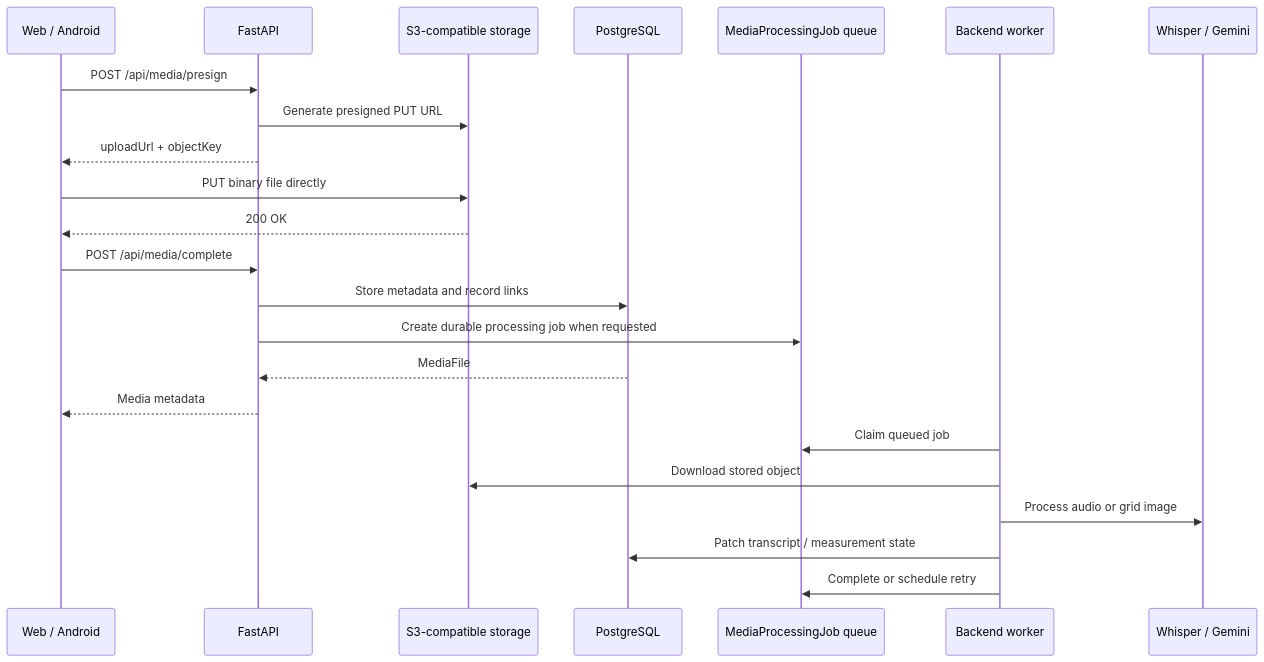
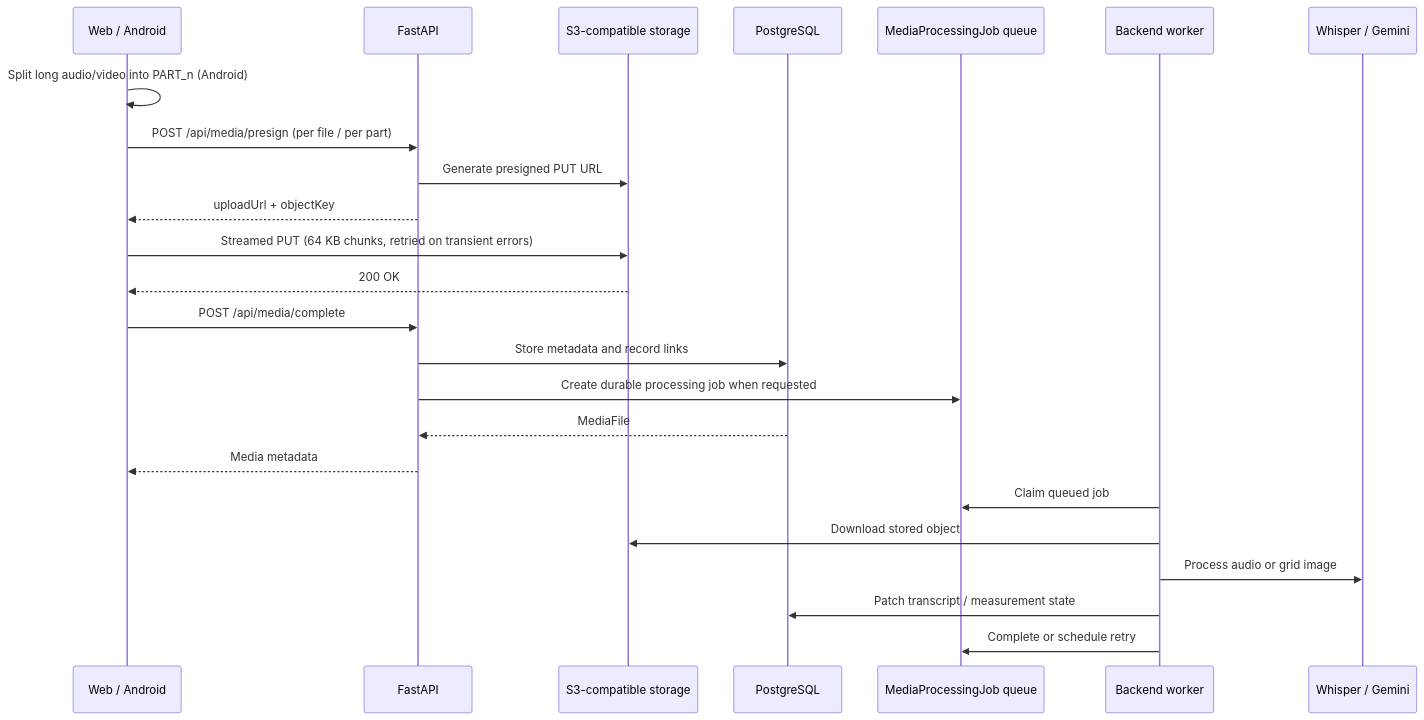
Before and after one commit to cxacraftecosystem-ui/documentation-portal: the eighth of 14 diagrams in docs/ARCHITECTURE.md, drawn with Mermaid. The commit also changed other lines of this file and 23 other files, not shown here.

````diff
--- a/docs/ARCHITECTURE.md
+++ b/docs/ARCHITECTURE.md
@@ -168,26 +180,27 @@
 ```mermaid
 sequenceDiagram
   participant Client as Web / Android
   participant API as FastAPI
   participant S3 as S3-compatible storage
   participant DB as PostgreSQL
   participant Queue as MediaProcessingJob queue
   participant Worker as Backend worker
   participant AI as Whisper / Gemini
 
-  Client->>API: POST /api/media/presign
+  Client->>Client: Split long audio/video into PART_n (Android)
+  Client->>API: POST /api/media/presign (per file / per part)
   API->>S3: Generate presigned PUT URL
   API-->>Client: uploadUrl + objectKey
-  Client->>S3: PUT binary file directly
+  Client->>S3: Streamed PUT (64 KB chunks, retried on transient errors)
   S3-->>Client: 200 OK
   Client->>API: POST /api/media/complete
   API->>DB: Store metadata and record links
   API->>Queue: Create durable processing job when requested
   DB-->>API: MediaFile
   API-->>Client: Media metadata
   Worker->>Queue: Claim queued job
   Worker->>S3: Download stored object
   Worker->>AI: Process audio or grid image
   Worker->>DB: Patch transcript / measurement state
   Worker->>Queue: Complete or schedule retry
 ```
````
